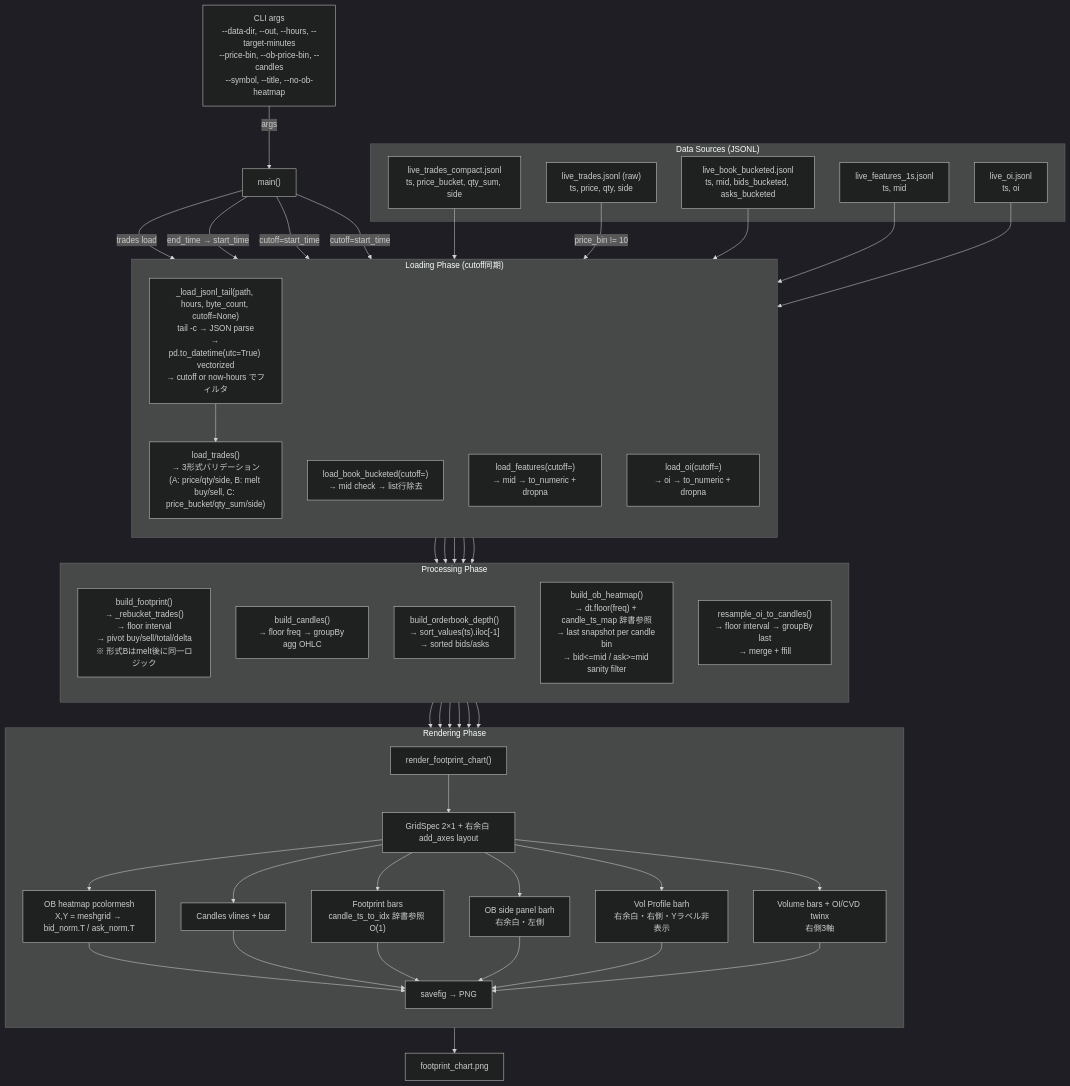
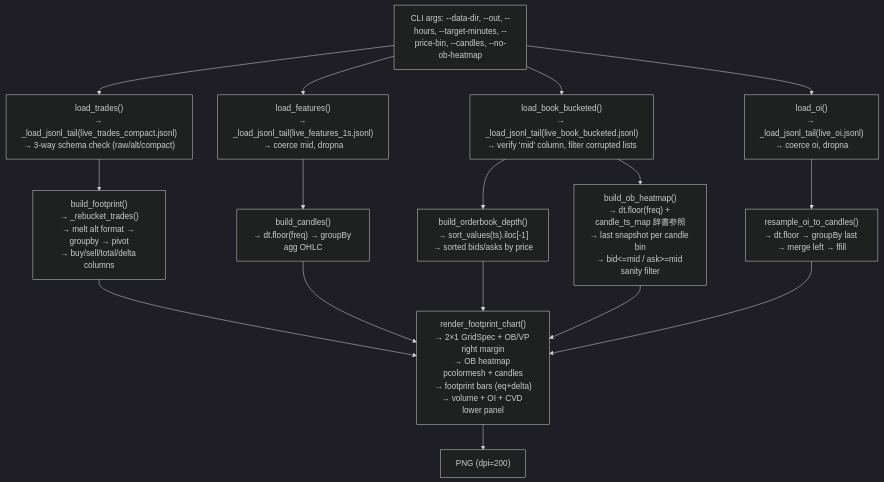
The diagram in references/wiring-diagram.md (like-kradness-2025/btc-footprint), drawn with Mermaid (dark theme) before and after one commit. The commit also changed other lines of this file, not shown here.

Commit message:
wiring-diagram: v3.41 full audit with Android/Termux compatibility confirmed

````diff
--- a/references/wiring-diagram.md
+++ b/references/wiring-diagram.md
@@ -11,83 +7,27 @@
 ```mermaid
 flowchart TD
-    %% CLI Args
-    CLI["CLI args<br/>--data-dir, --out, --hours, --target-minutes<br/>--price-bin, --ob-price-bin, --candles<br/>--symbol, --title, --no-ob-heatmap"]
+    CLI["CLI args: --data-dir, --out, --hours, --target-minutes, --price-bin, --candles, --no-ob-heatmap"]
 
-    %% Data Sources
-    subgraph Sources["Data Sources (JSONL)"]
-        TC["live_trades_compact.jsonl<br/>ts, price_bucket, qty_sum, side"]
-        RT["live_trades.jsonl (raw)<br/>ts, price, qty, side"]
-        BB["live_book_bucketed.jsonl<br/>ts, mid, bids_bucketed, asks_bucketed"]
-        FE["live_features_1s.jsonl<br/>ts, mid"]
-        OI["live_oi.jsonl<br/>ts, oi"]
-    end
+    L1["load_trades()<br/>→ _load_jsonl_tail(live_trades_compact.jsonl)<br/>→ 3-way schema check (raw/alt/compact)"]
+    L2["load_features()<br/>→ _load_jsonl_tail(live_features_1s.jsonl)<br/>→ coerce mid, dropna"]
+    L3["load_book_bucketed()<br/>→ _load_jsonl_tail(live_book_bucketed.jsonl)<br/>→ verify 'mid' column, filter corrupted lists"]
+    L4["load_oi()<br/>→ _load_jsonl_tail(live_oi.jsonl)<br/>→ coerce oi, dropna"]
 
-    %% Loading Phase (cutoff同期)
-    subgraph Load["Loading Phase (cutoff同期)"]
-        direction TB
-        L1["_load_jsonl_tail(path, hours, byte_count, cutoff=None)<br/>tail -c → JSON parse<br/>→ pd.to_datetime(utc=True) vectorized<br/>→ cutoff or now-hours でフィルタ"]
-        L2["load_trades()<br/>→ 3形式バリデーション<br/>(A: price/qty/side, B: melt buy/sell, C: price_bucket/qty_sum/side)"]
-        L3["load_book_bucketed(cutoff=)<br/>→ mid check → list行除去"]
-        L4["load_features(cutoff=)<br/>→ mid → to_numeric + dropna"]
-        L5["load_oi(cutoff=)<br/>→ oi → to_numeric + dropna"]
-    end
+    P1["build_footprint()<br/>→ _rebucket_trades()<br/>→ melt alt format → groupby → pivot<br/>→ buy/sell/total/delta columns"]
+    P2["build_candles()<br/>→ dt.floor(freq) → groupBy agg OHLC"]
+    P3["build_orderbook_depth()<br/>→ sort_values(ts).iloc[-1]<br/>→ sorted bids/asks by price"]
+    P4["build_ob_heatmap()<br/>→ dt.floor(freq) + candle_ts_map 辞書参照<br/>→ last snapshot per candle bin<br/>→ bid<=mid / ask>=mid sanity filter"]
+    P5["resample_oi_to_candles()<br/>→ dt.floor → groupBy last → merge left → ffill"]
 
-    %% Processing Phase
-    subgraph Process["Processing Phase"]
-        direction TB
-        P1["build_footprint()<br/>→ _rebucket_trades()<br/>→ floor interval<br/>→ pivot buy/sell/total/delta<br/>※ 形式Bはmelt後に同一ロジック"]
-        P2["build_candles()<br/>→ floor freq → groupBy agg OHLC"]
-        P3["build_orderbook_depth()<br/>→ sort_values(ts).iloc[-1]<br/>→ sorted bids/asks"]
-        P4["build_ob_heatmap()<br/>→ dt.floor(freq) + candle_ts_map 辞書参照<br/>→ last snapshot per candle bin<br/>→ bid<=mid / ask>=mid sanity filter"]
-        P5["resample_oi_to_candles()<br/>→ floor interval → groupBy last<br/>→ merge + ffill"]
-    end
+    R["render_footprint_chart()<br/>→ 2×1 GridSpec + OB/VP right margin<br/>→ OB heatmap pcolormesh + candles<br/>→ footprint bars (eq+delta)<br/>→ volume + OI + CVD lower panel"]
 
-    %% Render Phase
-    subgraph Render["Rendering Phase"]
-        direction TB
-        R1["render_footprint_chart()"]
-        R1 --> R2["GridSpec 2×1 + 右余白 add_axes layout"]
-        R2 --> R3["OB heatmap pcolormesh<br/>X,Y = meshgrid → bid_norm.T / ask_norm.T"]
-        R2 --> R4["Candles vlines + bar"]
-        R2 --> R5["Footprint bars<br/>candle_ts_to_idx 辞書参照 O(1)"]
-        R2 --> R6["OB side panel barh<br/>右余白・左側"]
-        R2 --> R7["Vol Profile barh<br/>右余白・右側・Yラベル非表示"]
-        R2 --> R9["Volume bars + OI/CVD twinx<br/>右側3軸"]
-        R3 --> R8
-        R4 --> R8
-        R5 --> R8
-        R6 --> R8
-        R7 --> R8
-        R9 --> R8
-        R8["savefig → PNG"]
-    end
+    OUT["PNG (dpi=200)"]
 
-    %% Main flow: cutoff同期
-    CLI -->|args| M["main()"]
-    M -->|trades load| L1
-    L1 --> L2
-    M -->|"end_time → start_time"| L3
-    M -->|"cutoff=start_time"| L4
-    M -->|"cutoff=start_time"| L5
-
-    TC --> L2
-    RT -->|"price_bin != 10"| L2
-    BB --> L3
-    FE --> L4
-    OI --> L5
-
-    L2 --> P1
-    L4 --> P2
-    L3 --> P3
-    L3 --> P4
-    L5 --> P5
-
-    P1 --> R5
-    P2 --> R4
-    P3 --> R6
-    P4 --> R3
-    P1 --> R7
-    P5 --> R9
-
-    R8 --> PNG["footprint_chart.png"]
+    CLI --> L1 & L2 & L3 & L4
+    L1 --> P1
+    L2 --> P2
+    L3 --> P3 & P4
+    L4 --> P5
+    P1 & P2 & P3 & P4 & P5 --> R
+    R --> OUT
 ```
````
